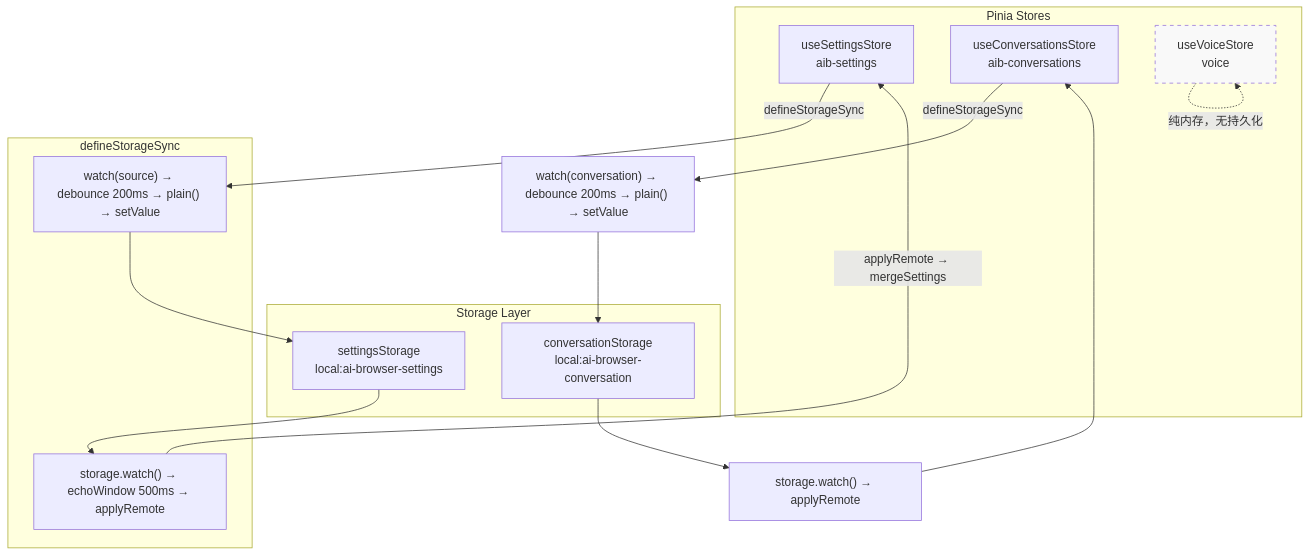
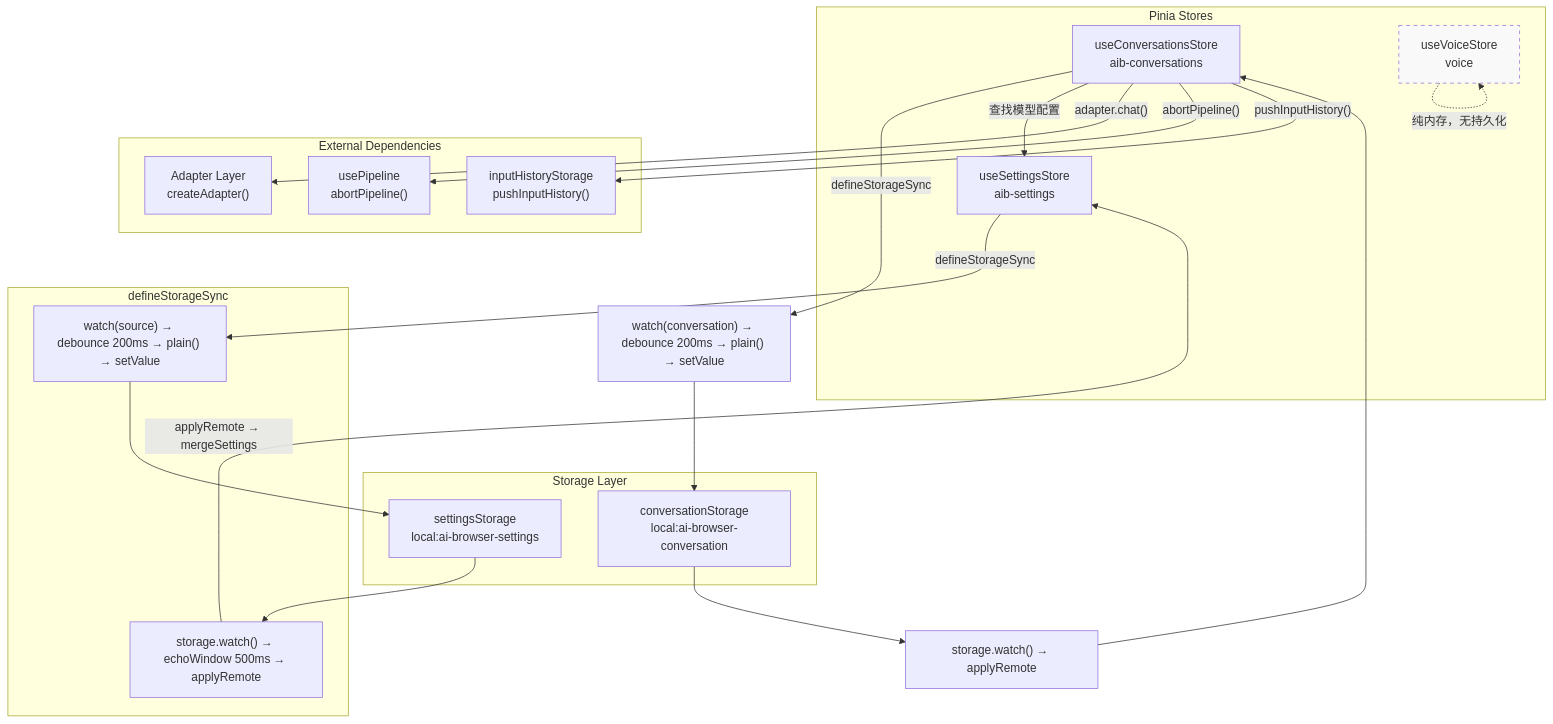
One commit to zw123zw/ai-browser changed the first of 7 diagrams in docs/architecture/state-management.md. Above: the diagram before and after it, drawn with Mermaid. The commit also changed other lines of this file and 25 other files, not shown here.

````diff
--- a/docs/architecture/state-management.md
+++ b/docs/architecture/state-management.md
@@ -7,32 +36,43 @@
 ```mermaid
 graph TB
     subgraph "Pinia Stores"
         SS["useSettingsStore<br/>aib-settings"]
         CS["useConversationsStore<br/>aib-conversations"]
         VS["useVoiceStore<br/>voice"]
     end
 
     subgraph "Storage Layer"
         SS_Item["settingsStorage<br/>local:ai-browser-settings"]
         CS_Item["conversationStorage<br/>local:ai-browser-conversation"]
     end
 
     subgraph "defineStorageSync"
         DS["watch(source) → debounce 200ms → plain() → setValue"]
         WS["storage.watch() → echoWindow 500ms → applyRemote"]
     end
 
+    subgraph "External Dependencies"
+        AD["Adapter Layer<br/>createAdapter()"]
+        PL["usePipeline<br/>abortPipeline()"]
+        IH["inputHistoryStorage<br/>pushInputHistory()"]
+    end
+
     SS -->|"defineStorageSync"| DS
     DS --> SS_Item
     SS_Item --> WS
     WS -->|"applyRemote → mergeSettings"| SS
 
     CS -->|"defineStorageSync"| DS2["watch(conversation) → debounce 200ms → plain() → setValue"]
     DS2 --> CS_Item
     CS_Item --> WS2["storage.watch() → applyRemote"]
     WS2 --> CS
 
+    CS -->|"查找模型配置"| SS
+    CS -->|"adapter.chat()"| AD
+    CS -->|"abortPipeline()"| PL
+    CS -->|"pushInputHistory()"| IH
+
     VS -.->|"纯内存，无持久化"| VS
 
     style VS fill:#f9f9f9,stroke-dasharray: 5 5
 ```
````
